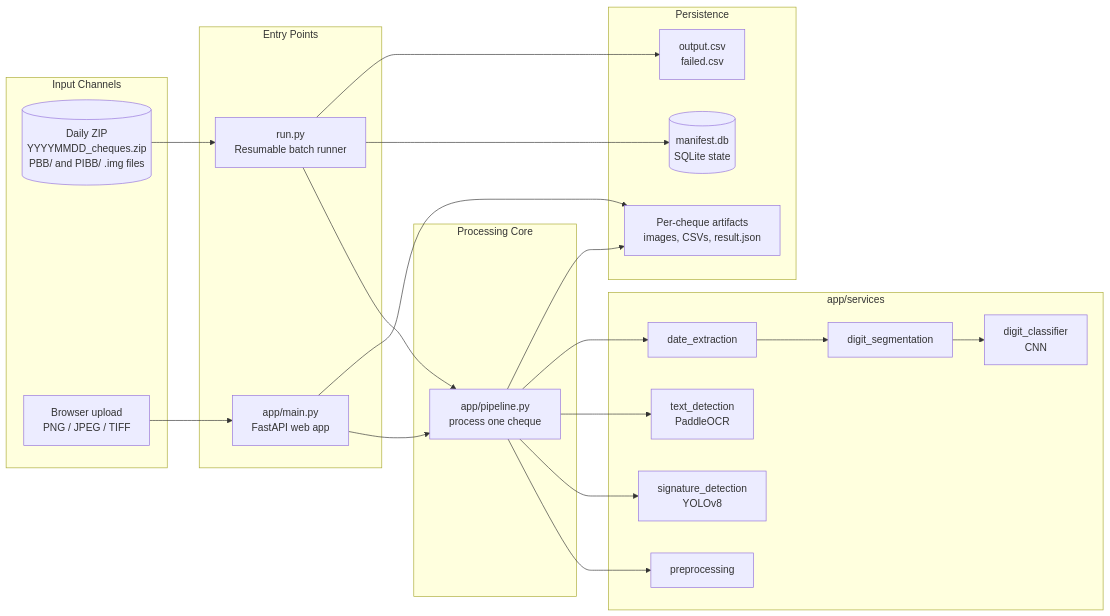
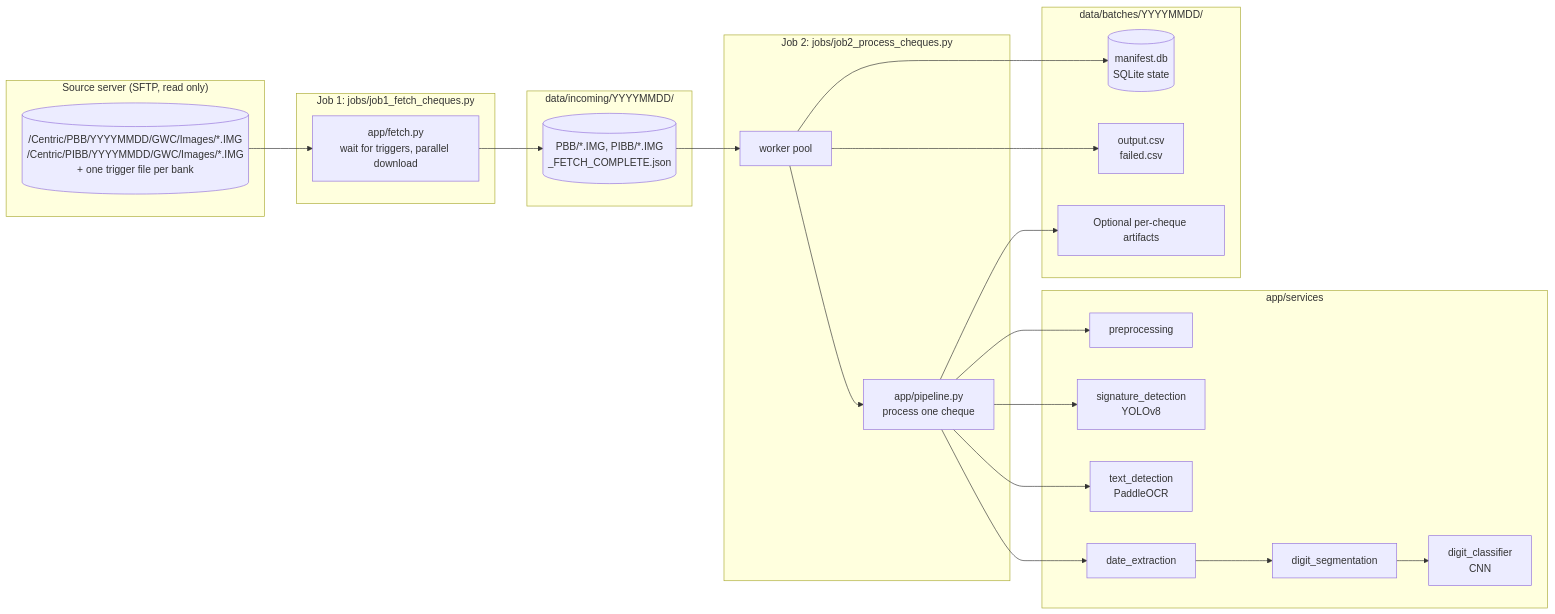
Before and after one commit to heyitssyakirrr/cheque-processing-platform: the first of 8 diagrams in README.md, drawn with Mermaid. The commit also changed other lines of this file and 24 other files, not shown here.

First line of the commit message:
Batch only: SFTP fetch job + processing job from the fetched folder

````diff
--- a/README.md
+++ b/README.md
@@ -35,45 +32,44 @@
 ```mermaid
 flowchart LR
-    subgraph Inputs["Input Channels"]
-        ZIP[("Daily ZIP<br/>YYYYMMDD_cheques.zip<br/>PBB/ and PIBB/ .img files")]
-        UI["Browser upload<br/>PNG / JPEG / TIFF"]
+    subgraph Source["Source server (SFTP, read only)"]
+        SRC[("/Centric/PBB/YYYYMMDD/GWC/Images/*.IMG<br/>/Centric/PIBB/YYYYMMDD/GWC/Images/*.IMG<br/>+ one trigger file per bank")]
     end
 
-    subgraph Entry["Entry Points"]
-        RUN["run.py<br/>Resumable batch runner"]
-        WEB["app/main.py<br/>FastAPI web app"]
+    subgraph J1["Job 1: jobs/job1_fetch_cheques.py"]
+        FETCH["app/fetch.py<br/>wait for triggers, parallel download"]
     end
 
-    subgraph Core["Processing Core"]
+    subgraph Incoming["data/incoming/YYYYMMDD/"]
+        IMG[("PBB/*.IMG, PIBB/*.IMG<br/>_FETCH_COMPLETE.json")]
+    end
+
+    subgraph J2["Job 2: jobs/job2_process_cheques.py"]
+        RUN["worker pool"]
         PIPE["app/pipeline.py<br/>process one cheque"]
     end
 
     subgraph Services["app/services"]
         PRE["preprocessing"]
         SIG["signature_detection<br/>YOLOv8"]
         TXT["text_detection<br/>PaddleOCR"]
         DATE["date_extraction"]
         SEG["digit_segmentation"]
         CLS["digit_classifier<br/>CNN"]
     end
 
-    subgraph Persist["Persistence"]
+    subgraph Persist["data/batches/YYYYMMDD/"]
         MAN[("manifest.db<br/>SQLite state")]
         CSV["output.csv<br/>failed.csv"]
-        ART["Per-cheque artifacts<br/>images, CSVs, result.json"]
+        ART["Optional per-cheque artifacts"]
     end
 
-    ZIP --> RUN
-    UI --> WEB
-    RUN --> PIPE
-    WEB --> PIPE
+    SRC --> FETCH --> IMG --> RUN --> PIPE
     PIPE --> PRE
     PIPE --> SIG
     PIPE --> TXT
     PIPE --> DATE
     DATE --> SEG --> CLS
     RUN --> MAN
     RUN --> CSV
     PIPE --> ART
-    WEB --> ART
 ```
````
